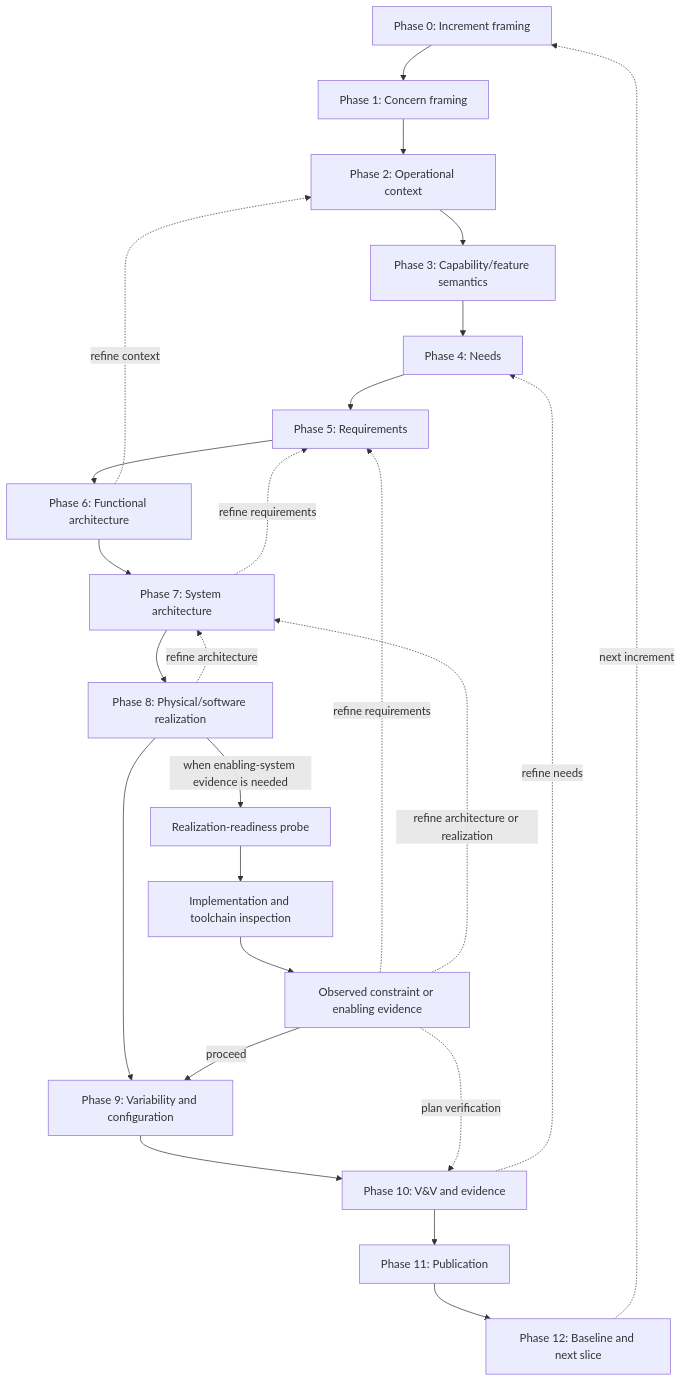
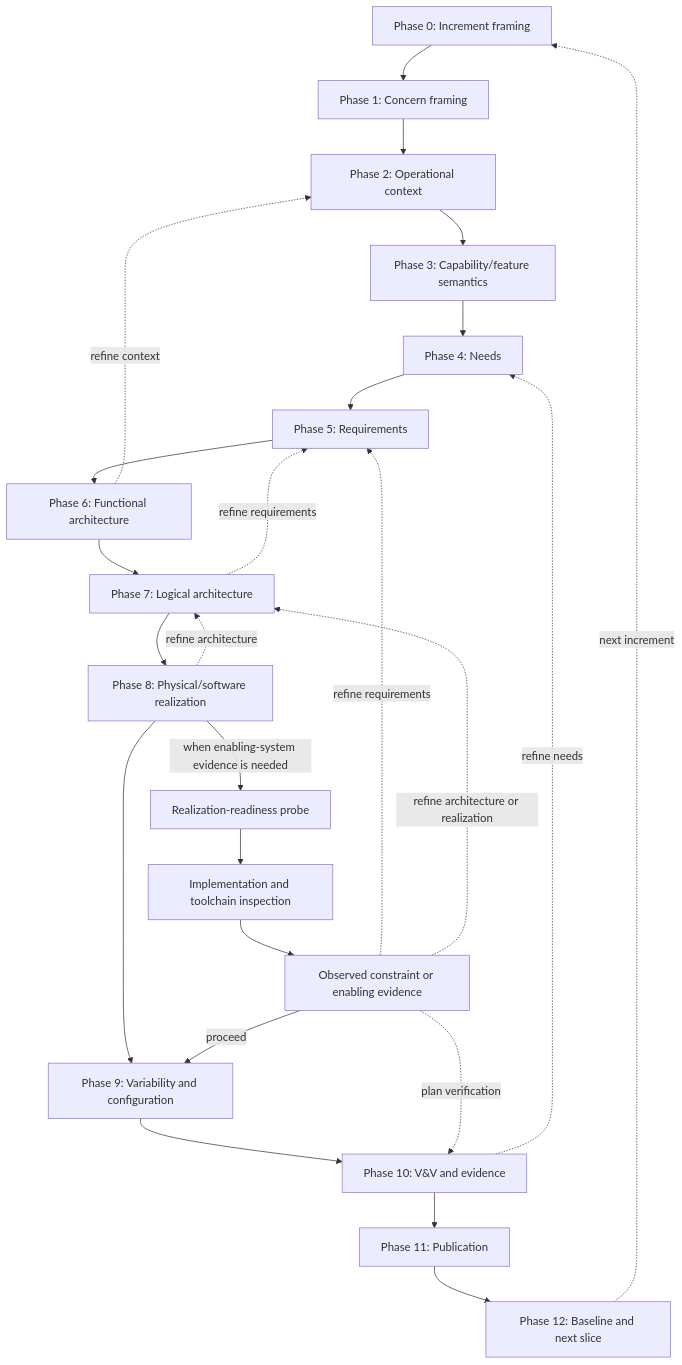
Before and after one commit to de4sdv/DE4SDV: the diagram in methodologies/sysmod-sysmlv2/process-mapping.md, drawn with Mermaid. The commit also changed other lines of this file and 25 other files, not shown here.

Commit message:
fix(method): restore logical architecture phase

````diff
--- a/methodologies/sysmod-sysmlv2/process-mapping.md
+++ b/methodologies/sysmod-sysmlv2/process-mapping.md
@@ -65,34 +65,34 @@
 ```mermaid
 graph TD
     P0[Phase 0: Increment framing]
     P1[Phase 1: Concern framing]
     P2[Phase 2: Operational context]
     P3[Phase 3: Capability/feature semantics]
     P4[Phase 4: Needs]
     P5[Phase 5: Requirements]
     P6[Phase 6: Functional architecture]
-    P7[Phase 7: System architecture]
+    P7[Phase 7: Logical architecture]
     P8[Phase 8: Physical/software realization]
     P9[Phase 9: Variability and configuration]
     P10[Phase 10: V&V and evidence]
     P11[Phase 11: Publication]
     P12[Phase 12: Baseline and next slice]
 
     P0 --> P1 --> P2 --> P3 --> P4 --> P5
     P5 --> P6 --> P7 --> P8 --> P9 --> P10
     P10 --> P11 --> P12
     P12 -.->|"next increment"| P0
 
     P8 -->|"when enabling-system evidence is needed"| RP[Realization-readiness probe]
     RP --> RI[Implementation and toolchain inspection]
     RI --> RE[Observed constraint or enabling evidence]
     RE -->|"proceed"| P9
     RE -.->|"refine requirements"| P5
     RE -.->|"refine architecture or realization"| P7
     RE -.->|"plan verification"| P10
 
     P7 -.->|"refine requirements"| P5
     P8 -.->|"refine architecture"| P7
     P10 -.->|"refine needs"| P4
     P6 -.->|"refine context"| P2
 ```
````
